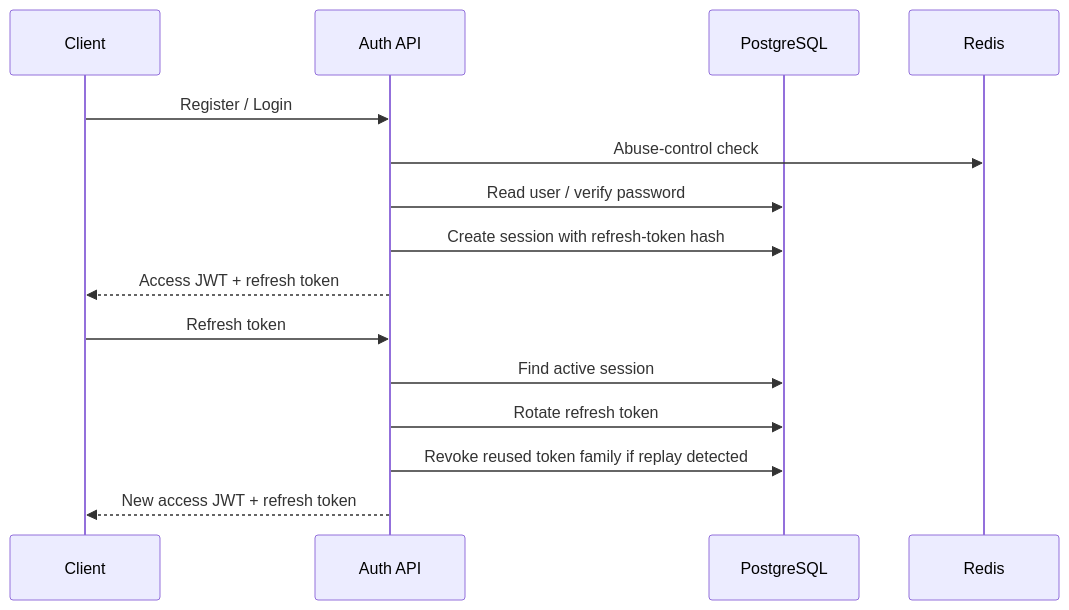
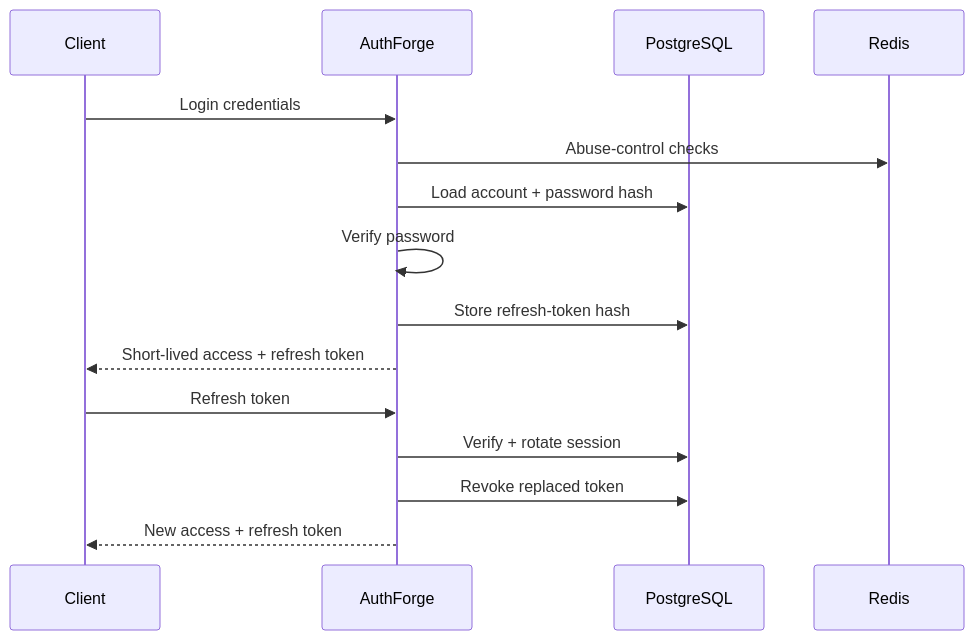
One commit to SidK31/authforge changed the second of 3 diagrams in README.md. Above: the diagram before and after it, drawn with Mermaid. The commit also changed other lines of this file, not shown here.

Commit message:
docs: clarify account recovery status

````diff
--- a/README.md
+++ b/README.md
@@ -79,19 +56,19 @@
 ```mermaid
 sequenceDiagram
     participant C as Client
-    participant A as Auth API
-    participant DB as PostgreSQL
+    participant A as AuthForge
+    participant P as PostgreSQL
     participant R as Redis
 
-    C->>A: Register / Login
-    A->>R: Abuse-control check
-    A->>DB: Read user / verify password
-    A->>DB: Create session with refresh-token hash
-    A-->>C: Access JWT + refresh token
+    C->>A: Login credentials
+    A->>R: Abuse-control checks
+    A->>P: Load account + password hash
+    A->>A: Verify password
+    A->>P: Store refresh-token hash
+    A-->>C: Short-lived access + refresh token
 
     C->>A: Refresh token
-    A->>DB: Find active session
-    A->>DB: Rotate refresh token
-    A->>DB: Revoke reused token family if replay detected
-    A-->>C: New access JWT + refresh token
+    A->>P: Verify + rotate session
+    A->>P: Revoke replaced token
+    A-->>C: New access + refresh token
 ```
````
